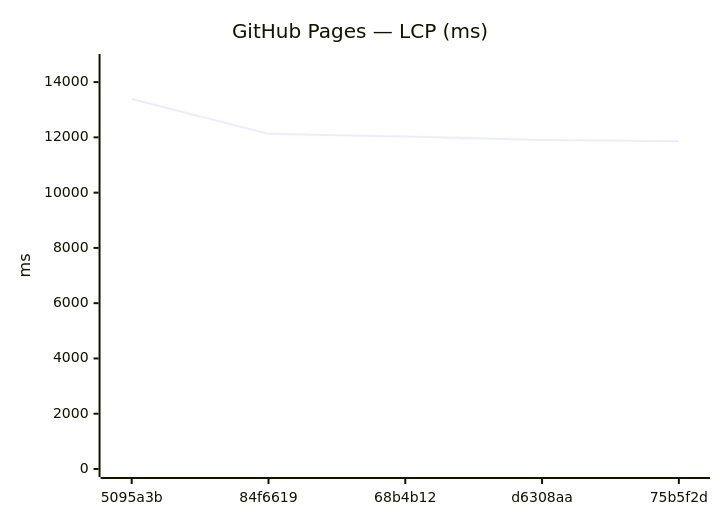
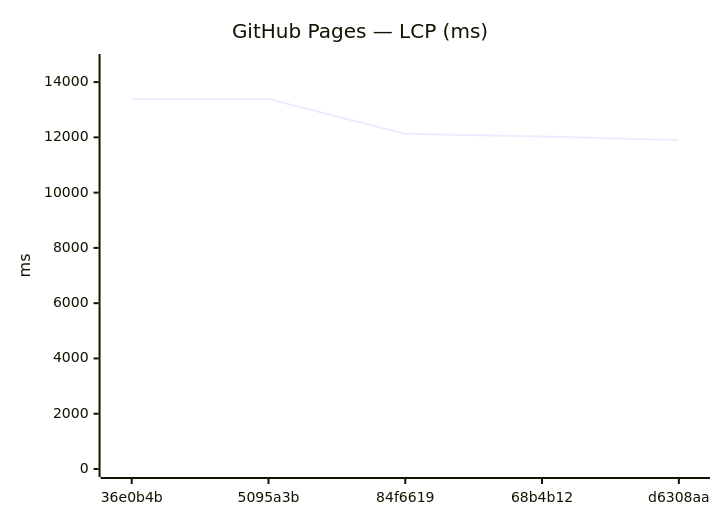
One commit to Metaheurist/Rianell changed the ninth of 18 diagrams in benchmarks/compare.md. Above: the diagram before and after it, drawn with Mermaid. The commit also changed other lines of this file and 11 other files, not shown here.

````diff
--- a/benchmarks/compare.md
+++ b/benchmarks/compare.md
@@ -142,7 +142,7 @@
 ```mermaid
 xychart-beta
     title "GitHub Pages — LCP (ms)"
-    x-axis ["5095a3b", "84f6619", "68b4b12", "d6308aa", "75b5f2d"]
+    x-axis ["36e0b4b", "5095a3b", "84f6619", "68b4b12", "d6308aa"]
     y-axis "ms" 0 --> 14727
-    line [13388, 12127, 12028, 11904, 11863]
+    line [13383, 13388, 12127, 12028, 11904]
 ```
````
